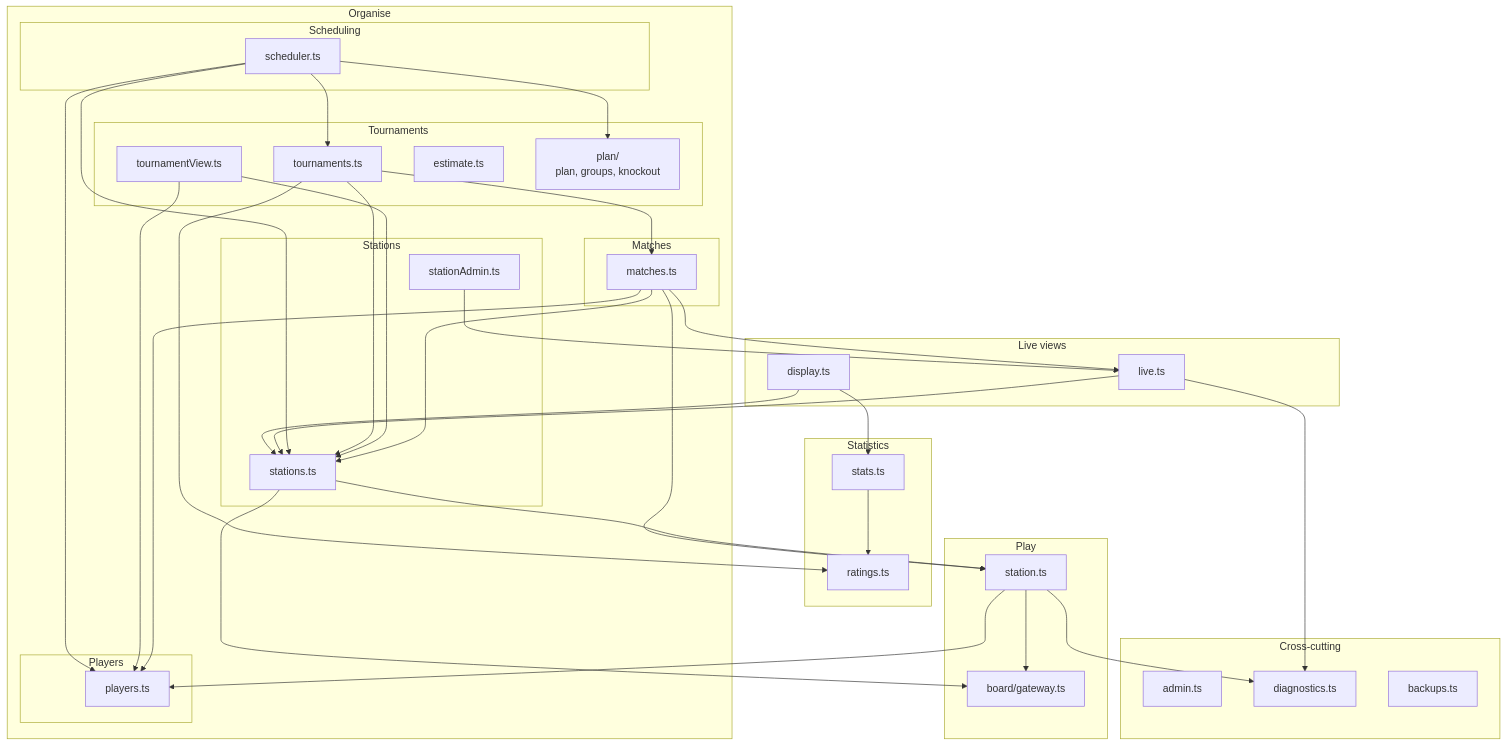
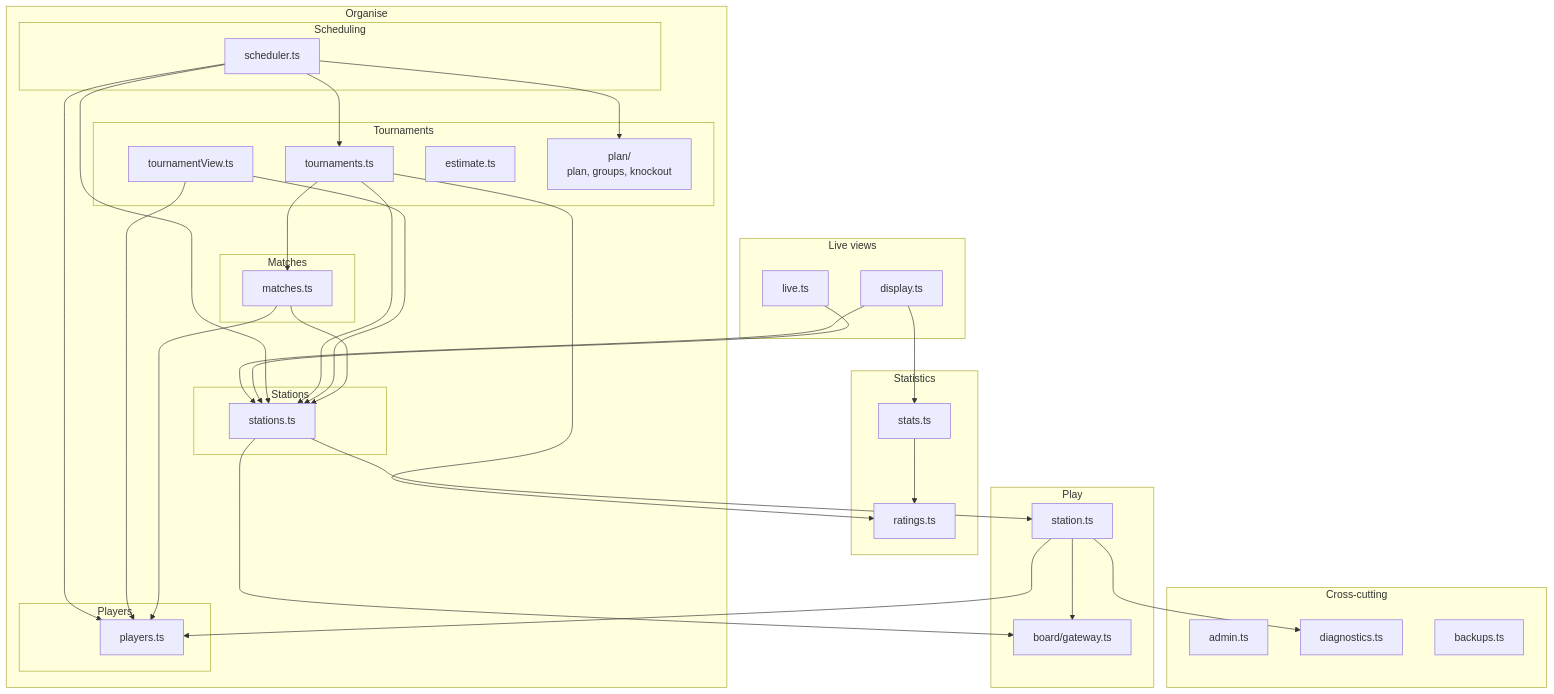
Before and after one commit to sverbach/n4-darts: the second of 2 diagrams in docs/architecture/05-building-block-view.md, drawn with Mermaid. The commit also changed other lines of this file and 22 other files, not shown here.

````diff
--- a/docs/architecture/05-building-block-view.md
+++ b/docs/architecture/05-building-block-view.md
@@ -89,76 +91,71 @@
 ```mermaid
 flowchart TB
     subgraph views["Live views"]
         live["live.ts"]
         display["display.ts"]
     end
 
     subgraph statistics["Statistics"]
         stats["stats.ts"]
         ratings["ratings.ts"]
     end
 
     subgraph organise["Organise"]
         subgraph sched["Scheduling"]
             scheduler["scheduler.ts"]
         end
         subgraph tour["Tournaments"]
             tournaments["tournaments.ts"]
             tview["tournamentView.ts"]
             estimate["estimate.ts"]
             plan["plan/<br/>plan, groups, knockout"]
         end
         subgraph mat["Matches"]
             matches["matches.ts"]
         end
         subgraph pl["Players"]
             players["players.ts"]
         end
         subgraph st["Stations"]
             stations["stations.ts"]
-            stationAdmin["stationAdmin.ts"]
         end
     end
 
     subgraph play["Play"]
         station["station.ts"]
         gateway["board/gateway.ts"]
     end
 
     subgraph cross["Cross-cutting"]
         admin["admin.ts"]
         diagnostics["diagnostics.ts"]
         backups["backups.ts"]
     end
 
     display --> stats
     display --> stations
     live --> stations
 
     stats --> ratings
 
     scheduler --> tournaments
     scheduler --> stations
     scheduler --> plan
     scheduler --> players
 
     tournaments --> matches
     tournaments --> ratings
     tournaments --> stations
     tview --> players
     tview --> stations
 
-    matches --> station
     matches --> stations
     matches --> players
-    matches --> live
 
-    stationAdmin --> live
     stations --> station
     stations --> gateway
     station --> gateway
     station --> players
 
     station --> diagnostics
-    live --> diagnostics
 ```
````
